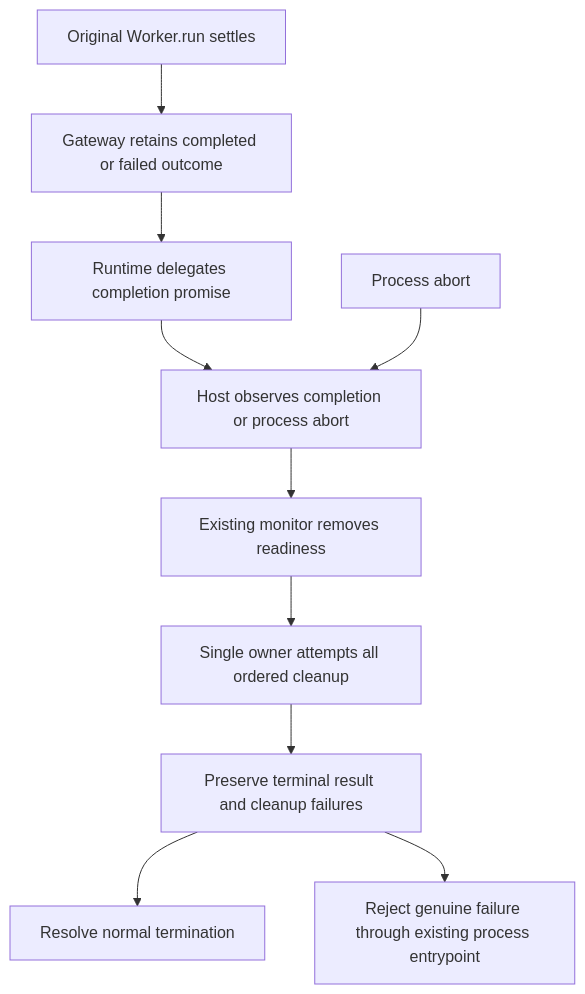
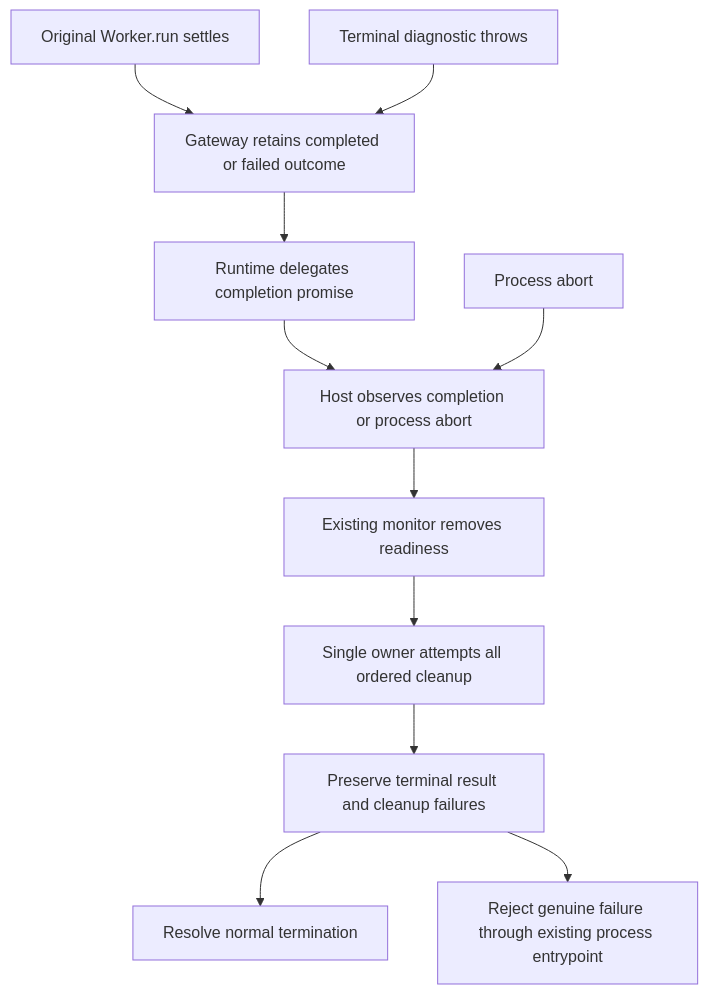
The third of 6 diagrams in docs/planning/proposals/mandatory/runtime-and-contracts/tf-c3-production-plugin-host-composition-plan-20260414.md (dunay2/dvt), drawn with Mermaid before and after one commit. The commit also changed other lines of this file and 8 other files, not shown here.

Commit message:
fix(temporal): Preserve diagnostic failures in worker terminal outcomes

````diff
--- a/docs/planning/proposals/mandatory/runtime-and-contracts/tf-c3-production-plugin-host-composition-plan-20260414.md
+++ b/docs/planning/proposals/mandatory/runtime-and-contracts/tf-c3-production-plugin-host-composition-plan-20260414.md
@@ -203,12 +217,13 @@
 ```mermaid
 flowchart TD
   SDK[Original Worker.run settles] --> Result[Gateway retains completed or failed outcome]
+  Diagnostic[Terminal diagnostic throws] --> Result
   Result --> Runtime[Runtime delegates completion promise]
   Runtime --> Host[Host observes completion or process abort]
   Abort[Process abort] --> Host
   Host --> Monitor[Existing monitor removes readiness]
   Monitor --> Cleanup[Single owner attempts all ordered cleanup]
   Cleanup --> Preserve[Preserve terminal result and cleanup failures]
   Preserve --> Success[Resolve normal termination]
   Preserve --> Failure[Reject genuine failure through existing process entrypoint]
 ```
````
